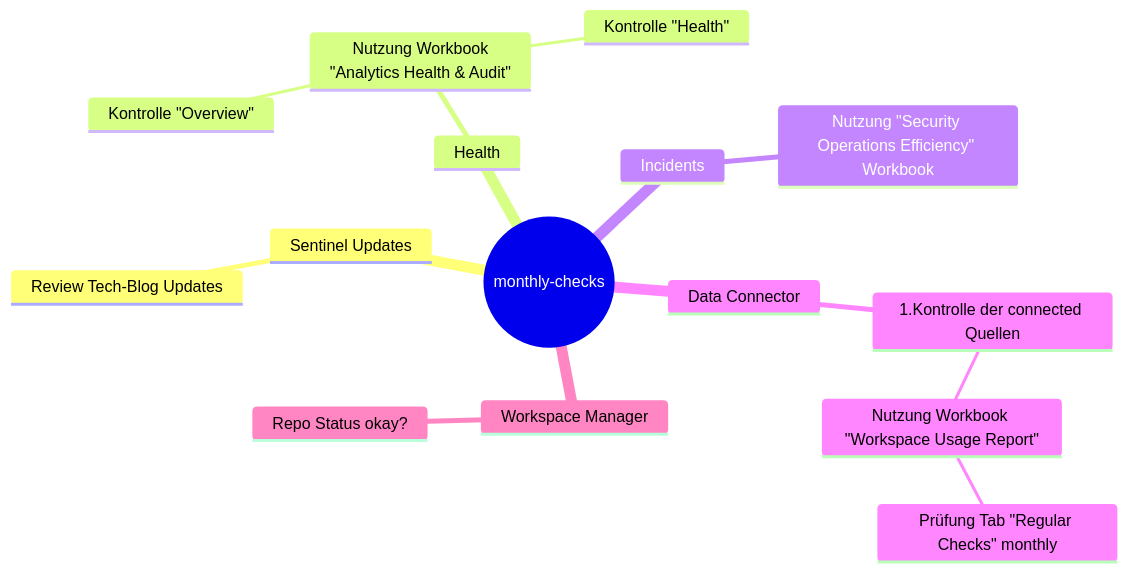
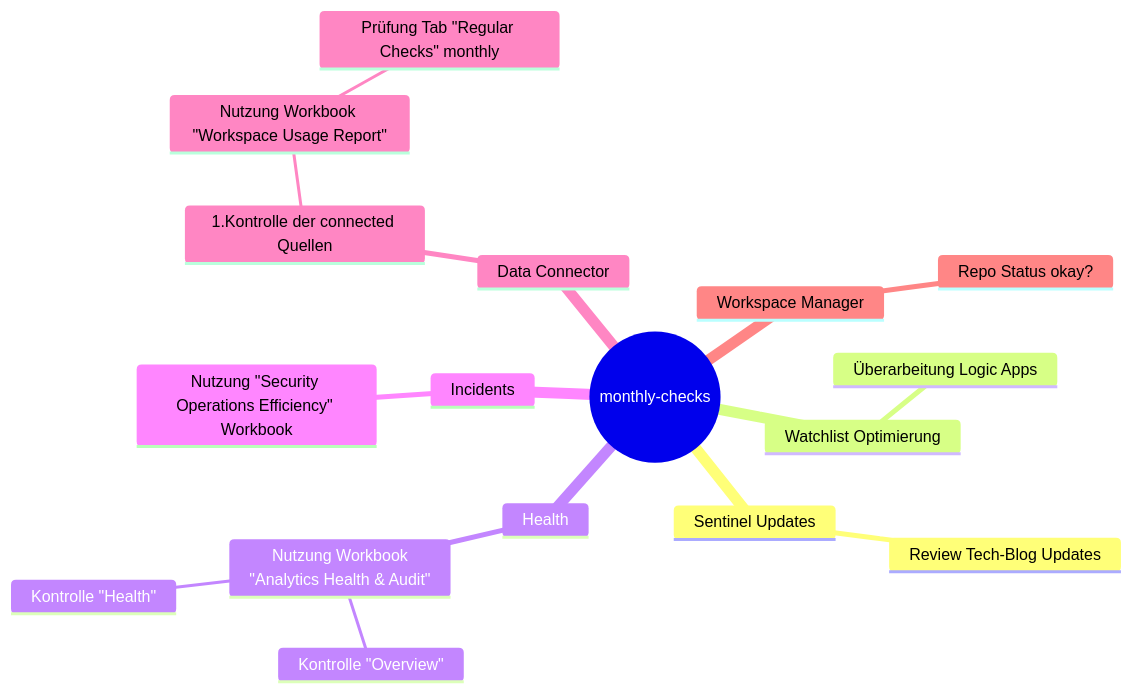
The diagram in soc-l2-monthly.md (socGPT/msft-sentinel-pilot), drawn with Mermaid before and after one commit.

````diff
--- a/soc-l2-monthly.md
+++ b/soc-l2-monthly.md
@@ -10,18 +10,20 @@
 ```mermaid
 mindmap
   root((monthly-checks))
     Sentinel Updates
       Review Tech-Blog Updates
+    Watchlist Optimierung
+      Überarbeitung Logic Apps
     Health
       Nutzung Workbook<br />"Analytics Health & Audit"
         Kontrolle "Overview"
         Kontrolle "Health"
     Incidents
       Nutzung "Security Operations Efficiency" <br />Workbook
     Data Connector
       1.Kontrolle der connected Quellen
           Nutzung Workbook "Workspace Usage Report"
             Prüfung Tab "Regular Checks" monthly
     Workspace Manager
       Repo Status okay?
 ```
````
